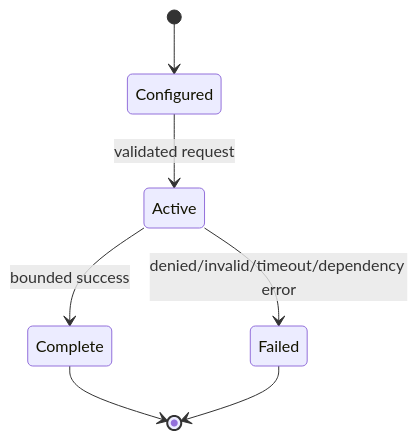
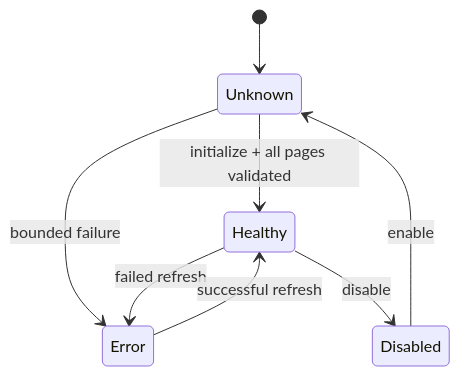
The diagram in docs/course/concepts/mcp-transports-inventory.md (levalencia/archon), drawn with Mermaid before and after one commit. The commit also changed other lines of this file and 22 other files, not shown here.

Commit message:
docs: correct advanced course architecture and claims

````diff
--- a/docs/course/concepts/mcp-transports-inventory.md
+++ b/docs/course/concepts/mcp-transports-inventory.md
@@ -105,9 +14,10 @@
 ```mermaid
 stateDiagram-v2
-  [*] --> Configured
-  Configured --> Active: validated request
-  Active --> Complete: bounded success
-  Active --> Failed: denied/invalid/timeout/dependency error
-  Complete --> [*]
-  Failed --> [*]
+  [*] --> Unknown
+  Unknown --> Healthy: initialize + all pages validated
+  Unknown --> Error: bounded failure
+  Healthy --> Error: failed refresh
+  Healthy --> Disabled: disable
+  Error --> Healthy: successful refresh
+  Disabled --> Unknown: enable
 ```
````
